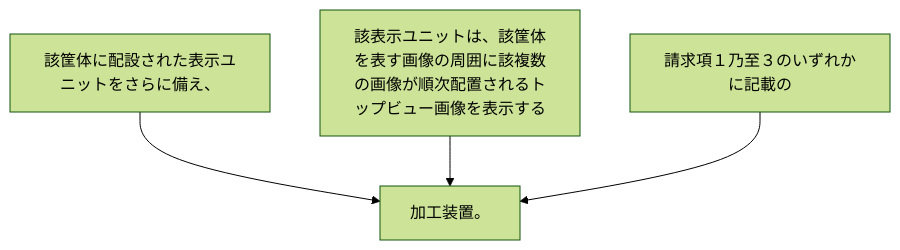
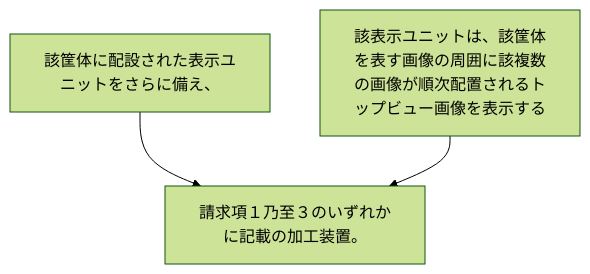
The diagram in 2024/JP2024029313A/claim_4/README.md (shinmori55/patent_analyzed), drawn with Mermaid (forest theme) before and after one commit. The commit also changed 19 other files, not shown here.

````diff
--- a/2024/JP2024029313A/claim_4/README.md
+++ b/2024/JP2024029313A/claim_4/README.md
@@ -3,10 +3,8 @@
 ```mermaid
 flowchart TD
 A[該筐体に配設された表示ユニットをさらに備え、]
 B[該表示ユニットは、該筐体を表す画像の周囲に該複数の画像が順次配置されるトップビュー画像を表示する]
-C[請求項１乃至３のいずれかに記載の]
-D[加工装置。]
-A --> D
-B --> D
-C --> D
+C[請求項１乃至３のいずれかに記載の加工装置。]
+A --> C
+B --> C
 ```
````
